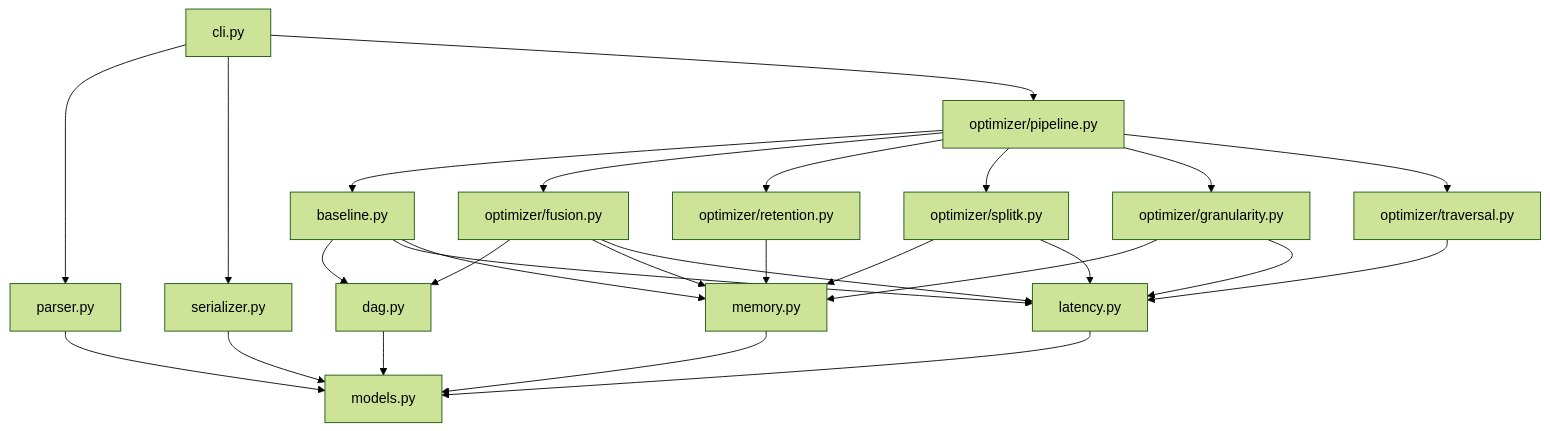
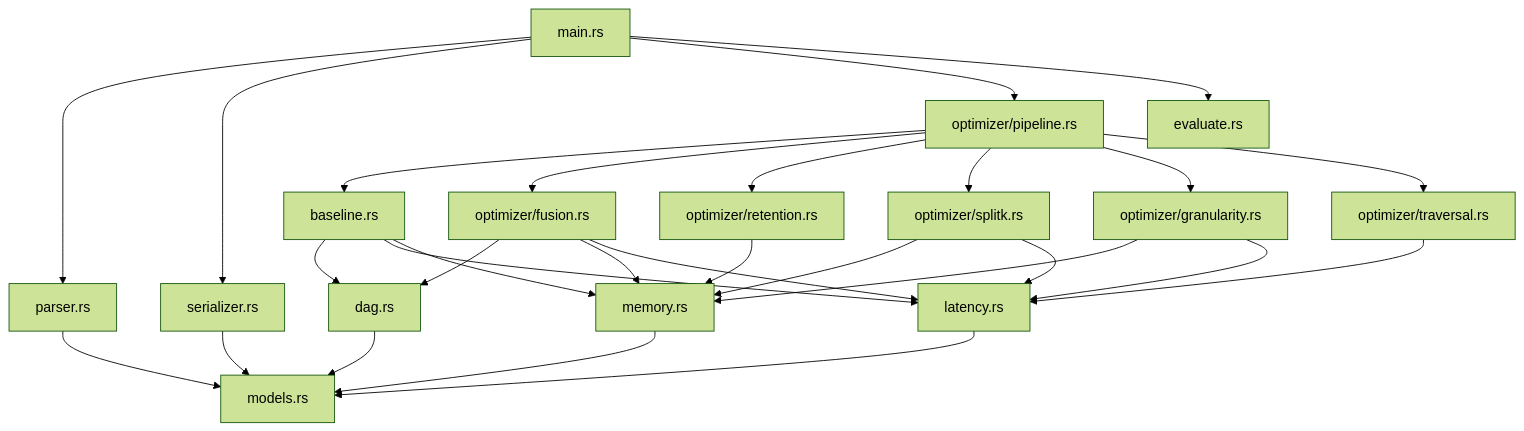
One commit to melroyanthony/MLSys changed the diagram in solution/docs/architecture/system-design.md. Above: the diagram before and after it, drawn with Mermaid (forest theme). The commit also changed other lines of this file and 14 other files, not shown here.

````diff
--- a/solution/docs/architecture/system-design.md
+++ b/solution/docs/architecture/system-design.md
@@ -41,35 +41,36 @@
 ```mermaid
 graph TD
-    CLI[cli.py] --> Parser[parser.py]
-    CLI --> Serializer[serializer.py]
-    CLI --> Pipeline[optimizer/pipeline.py]
+    Main[main.rs] --> Parser[parser.rs]
+    Main --> Serializer[serializer.rs]
+    Main --> Pipeline[optimizer/pipeline.rs]
+    Main --> Evaluate[evaluate.rs]
 
-    Parser --> Models[models.py]
+    Parser --> Models[models.rs]
     Serializer --> Models
 
-    Pipeline --> Baseline[baseline.py]
-    Pipeline --> Fusion[optimizer/fusion.py]
-    Pipeline --> Retention[optimizer/retention.py]
-    Pipeline --> SplitK[optimizer/splitk.py]
-    Pipeline --> Granularity[optimizer/granularity.py]
-    Pipeline --> Traversal[optimizer/traversal.py]
+    Pipeline --> Baseline[baseline.rs]
+    Pipeline --> Fusion[optimizer/fusion.rs]
+    Pipeline --> Retention[optimizer/retention.rs]
+    Pipeline --> SplitK[optimizer/splitk.rs]
+    Pipeline --> Granularity[optimizer/granularity.rs]
+    Pipeline --> Traversal[optimizer/traversal.rs]
 
-    Baseline --> DAG[dag.py]
-    Baseline --> Latency[latency.py]
-    Baseline --> Memory[memory.py]
+    Baseline --> DAG[dag.rs]
+    Baseline --> Latency[latency.rs]
+    Baseline --> Memory[memory.rs]
 
     Fusion --> DAG
     Fusion --> Memory
     Fusion --> Latency
 
     Retention --> Memory
     SplitK --> Memory
     SplitK --> Latency
     Granularity --> Memory
     Granularity --> Latency
     Traversal --> Latency
 
     Latency --> Models
     Memory --> Models
     DAG --> Models
 ```
````
